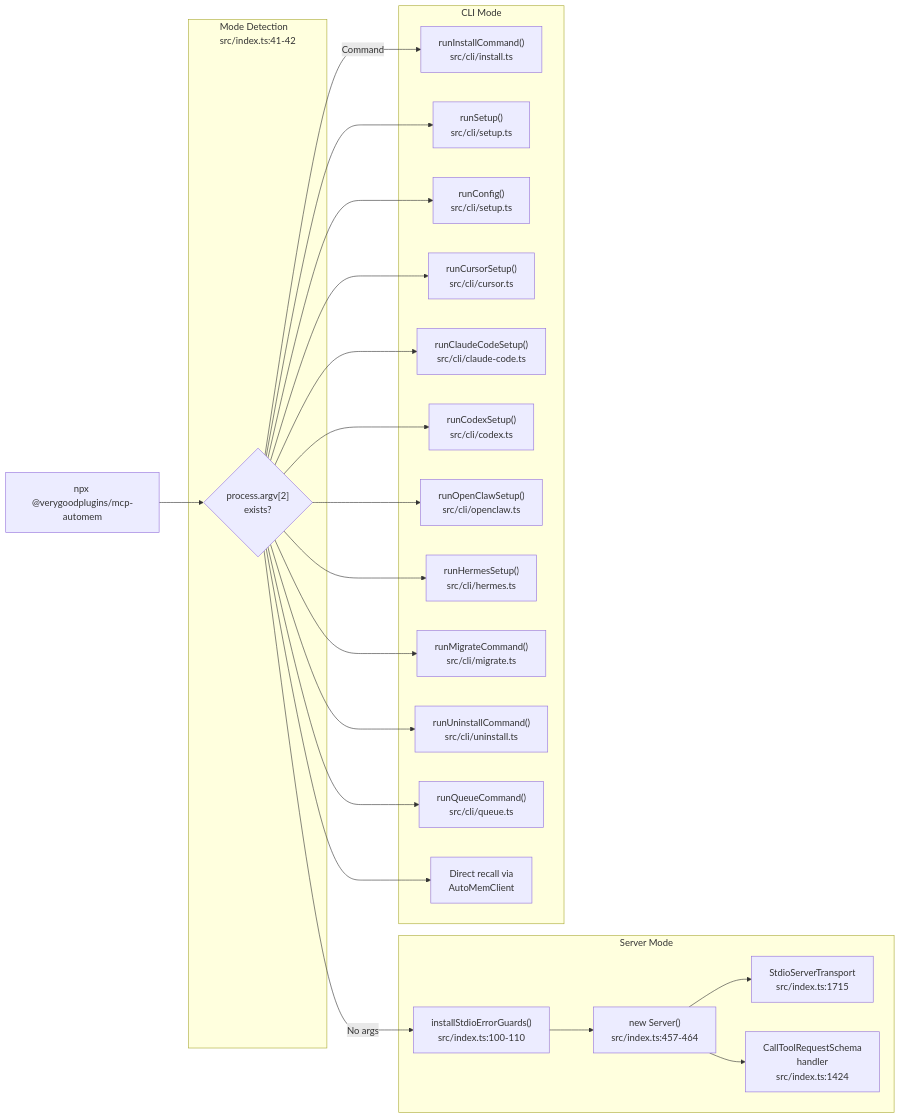
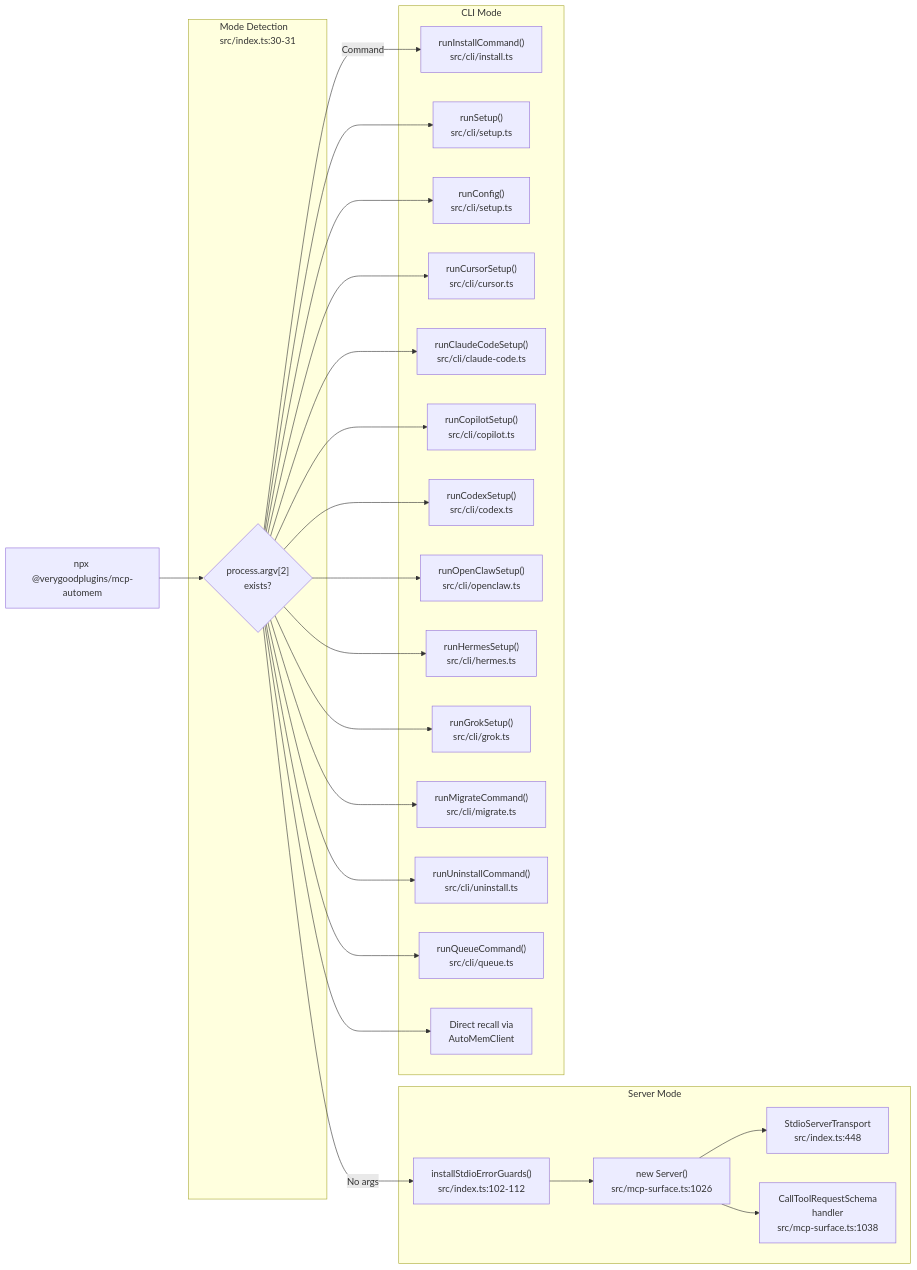
One commit to verygoodplugins/automem-website changed the second of 6 diagrams in src/content/docs/docs/architecture/mcp-bridge.md. Above: the diagram before and after it, drawn with Mermaid. The commit also changed other lines of this file and 1 other file, not shown here.

First line of the commit message:
docs: align MCP bridge page with mcp-automem 0.16.0 and AutoMem 0.16.2 (#378)

````diff
--- a/src/content/docs/docs/architecture/mcp-bridge.md
+++ b/src/content/docs/docs/architecture/mcp-bridge.md
@@ -81,50 +82,54 @@
 ```mermaid
 graph LR
     START["npx @verygoodplugins/mcp-automem"]
 
-    subgraph Detection["Mode Detection<br/>src/index.ts:41-42"]
+    subgraph Detection["Mode Detection<br/>src/index.ts:30-31"]
         CHECK{"process.argv[2]<br/>exists?"}
     end
 
     subgraph Server_Mode["Server Mode"]
-        STDIO_GUARD["installStdioErrorGuards()<br/>src/index.ts:100-110"]
-        MCP_SERVER["new Server()<br/>src/index.ts:457-464"]
-        STDIO_TRANSPORT["StdioServerTransport<br/>src/index.ts:1715"]
-        TOOL_HANDLER["CallToolRequestSchema<br/>handler<br/>src/index.ts:1424"]
+        STDIO_GUARD["installStdioErrorGuards()<br/>src/index.ts:102-112"]
+        MCP_SERVER["new Server()<br/>src/mcp-surface.ts:1026"]
+        STDIO_TRANSPORT["StdioServerTransport<br/>src/index.ts:448"]
+        TOOL_HANDLER["CallToolRequestSchema<br/>handler<br/>src/mcp-surface.ts:1038"]
     end
 
     subgraph CLI_Mode["CLI Mode"]
         INSTALL["runInstallCommand()<br/>src/cli/install.ts"]
         SETUP["runSetup()<br/>src/cli/setup.ts"]
         CONFIG["runConfig()<br/>src/cli/setup.ts"]
         CURSOR["runCursorSetup()<br/>src/cli/cursor.ts"]
         CLAUDE_CODE["runClaudeCodeSetup()<br/>src/cli/claude-code.ts"]
+        COPILOT["runCopilotSetup()<br/>src/cli/copilot.ts"]
         CODEX["runCodexSetup()<br/>src/cli/codex.ts"]
         OPENCLAW["runOpenClawSetup()<br/>src/cli/openclaw.ts"]
         HERMES["runHermesSetup()<br/>src/cli/hermes.ts"]
+        GROK["runGrokSetup()<br/>src/cli/grok.ts"]
         MIGRATE["runMigrateCommand()<br/>src/cli/migrate.ts"]
         UNINSTALL["runUninstallCommand()<br/>src/cli/uninstall.ts"]
         QUEUE["runQueueCommand()<br/>src/cli/queue.ts"]
         RECALL["Direct recall via<br/>AutoMemClient"]
     end
 
     START --> CHECK
     CHECK -->|"No args"| STDIO_GUARD
     CHECK -->|"Command"| INSTALL
 
     STDIO_GUARD --> MCP_SERVER
     MCP_SERVER --> STDIO_TRANSPORT
     MCP_SERVER --> TOOL_HANDLER
 
     CHECK --> SETUP
     CHECK --> CONFIG
     CHECK --> CURSOR
     CHECK --> CLAUDE_CODE
+    CHECK --> COPILOT
     CHECK --> CODEX
     CHECK --> OPENCLAW
     CHECK --> HERMES
+    CHECK --> GROK
     CHECK --> MIGRATE
     CHECK --> UNINSTALL
     CHECK --> QUEUE
     CHECK --> RECALL
 ```
````
